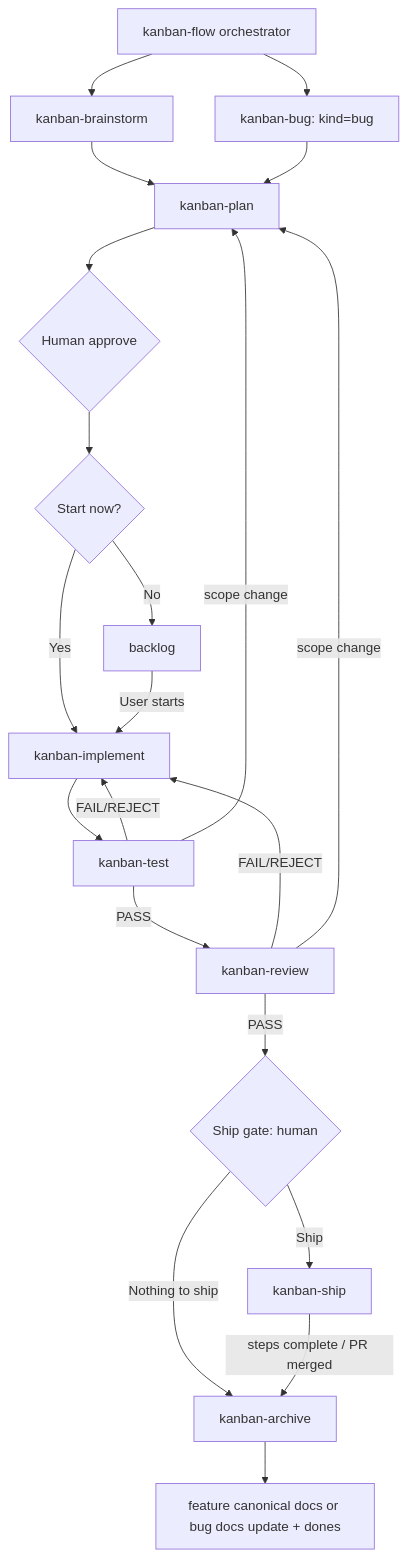
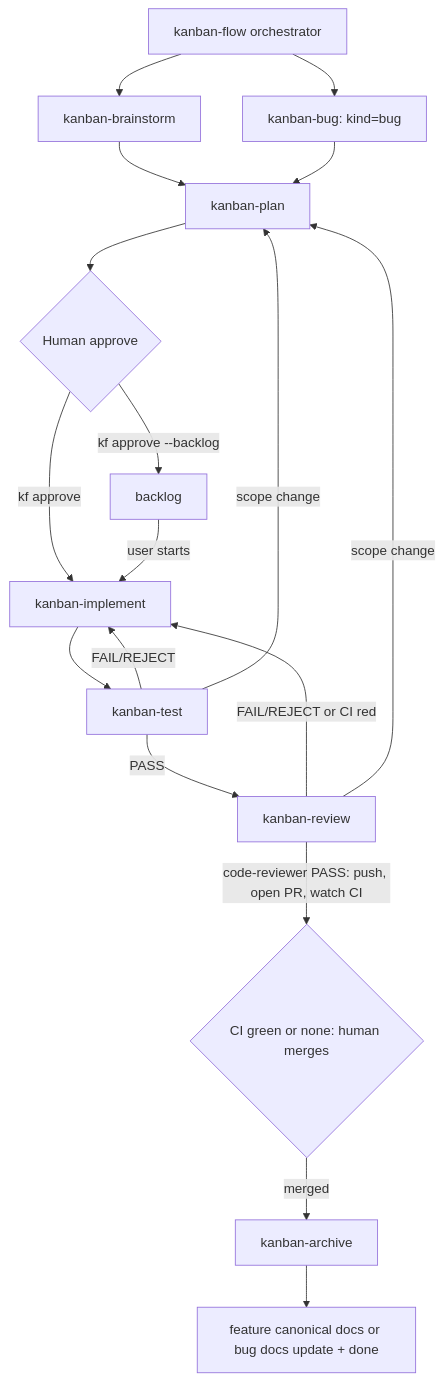
Before and after one commit to phuthuycoding/kanban-flow: the diagram in docs/workflow/skills.md, drawn with Mermaid. The commit also changed other lines of this file and 219 other files, not shown here.

````diff
--- a/docs/workflow/skills.md
+++ b/docs/workflow/skills.md
@@ -7,23 +11,20 @@
 ```mermaid
 flowchart TD
     O[kanban-flow orchestrator] --> B[kanban-brainstorm]
     O --> BUG[kanban-bug: kind=bug]
     B --> P[kanban-plan]
     BUG --> P
     P --> H{Human approve}
-    H --> D{Start now?}
-    D -->|Yes| I[kanban-implement]
-    D -->|No| BL[backlog]
-    BL -->|User starts| I
+    H -->|kf approve| I[kanban-implement]
+    H -->|kf approve --backlog| BL[backlog]
+    BL -->|user starts| I
     I --> T[kanban-test]
     T -->|PASS| R[kanban-review]
     T -->|FAIL/REJECT| I
     T -->|scope change| P
-    R -->|PASS| SG{Ship gate: human}
-    SG -->|Ship| SH[kanban-ship]
-    SG -->|Nothing to ship| A[kanban-archive]
-    SH -->|steps complete / PR merged| A
-    R -->|FAIL/REJECT| I
+    R -->|code-reviewer PASS: push, open PR, watch CI| M{CI green or none: human merges}
+    M -->|merged| A[kanban-archive]
+    R -->|FAIL/REJECT or CI red| I
     R -->|scope change| P
-    A --> DONE[feature canonical docs or bug docs update + dones]
+    A --> DONE[feature canonical docs or bug docs update + done]
 ```
````
